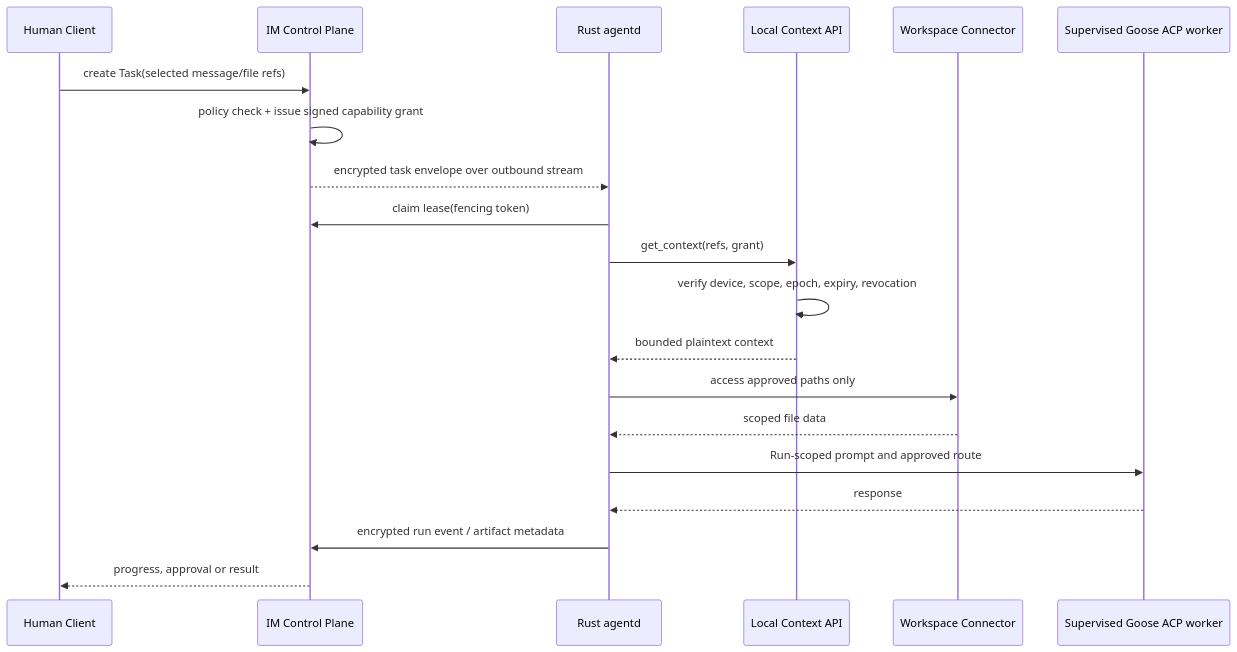
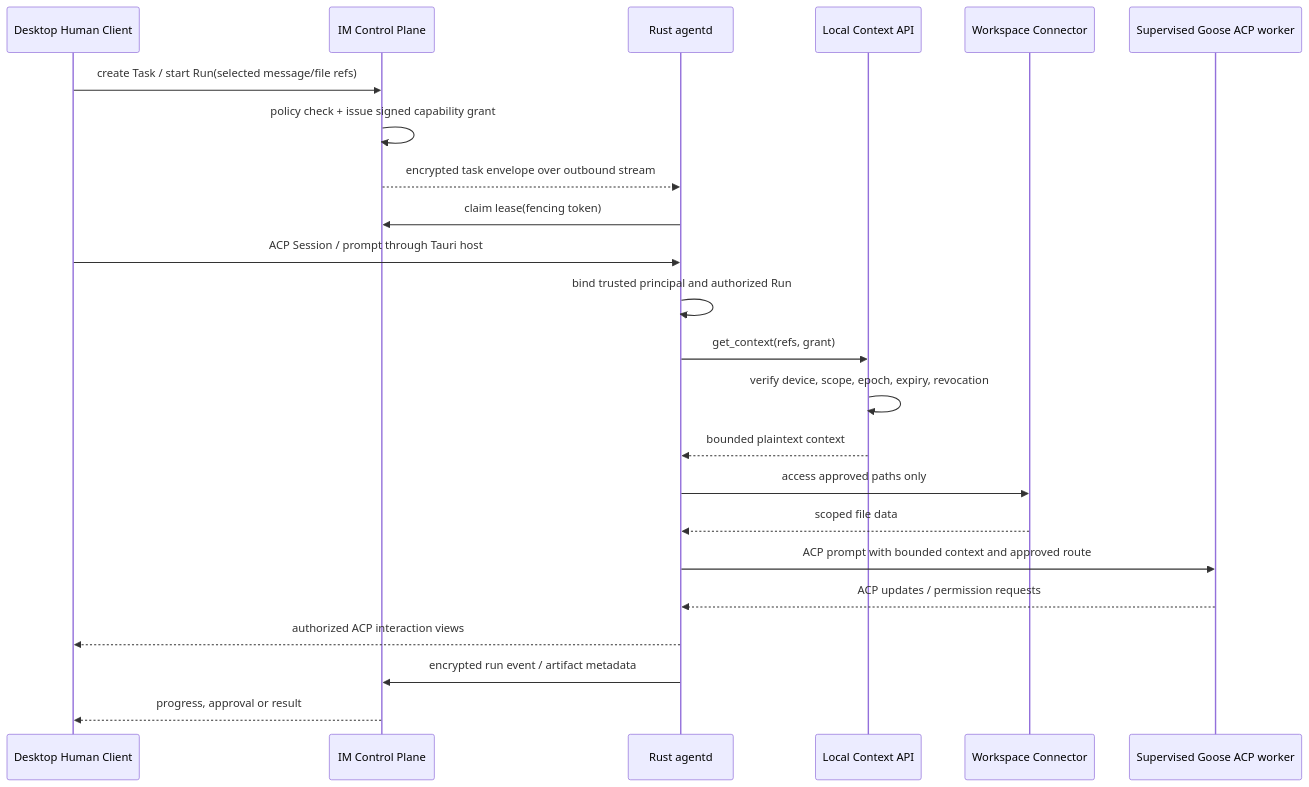
One commit to monkeylabx/threadline changed the third of 3 diagrams in docs/architecture/system-architecture.md. Above: the diagram before and after it, drawn with Mermaid. The commit also changed other lines of this file and 6 other files, not shown here.

````diff
--- a/docs/architecture/system-architecture.md
+++ b/docs/architecture/system-architecture.md
@@ -265,23 +267,26 @@
 ```mermaid
 sequenceDiagram
-  participant U as Human Client
+  participant U as Desktop Human Client
   participant CP as IM Control Plane
   participant LR as Rust agentd
   participant CA as Local Context API
   participant FS as Workspace Connector
   participant M as Supervised Goose ACP worker
 
-  U->>CP: create Task(selected message/file refs)
+  U->>CP: create Task / start Run(selected message/file refs)
   CP->>CP: policy check + issue signed capability grant
   CP-->>LR: encrypted task envelope over outbound stream
   LR->>CP: claim lease(fencing token)
+  U->>LR: ACP Session / prompt through Tauri host
+  LR->>LR: bind trusted principal and authorized Run
   LR->>CA: get_context(refs, grant)
   CA->>CA: verify device, scope, epoch, expiry, revocation
   CA-->>LR: bounded plaintext context
   LR->>FS: access approved paths only
   FS-->>LR: scoped file data
-  LR->>M: Run-scoped prompt and approved route
-  M-->>LR: response
+  LR->>M: ACP prompt with bounded context and approved route
+  M-->>LR: ACP updates / permission requests
+  LR-->>U: authorized ACP interaction views
   LR->>CP: encrypted run event / artifact metadata
   CP-->>U: progress, approval or result
 ```
````
